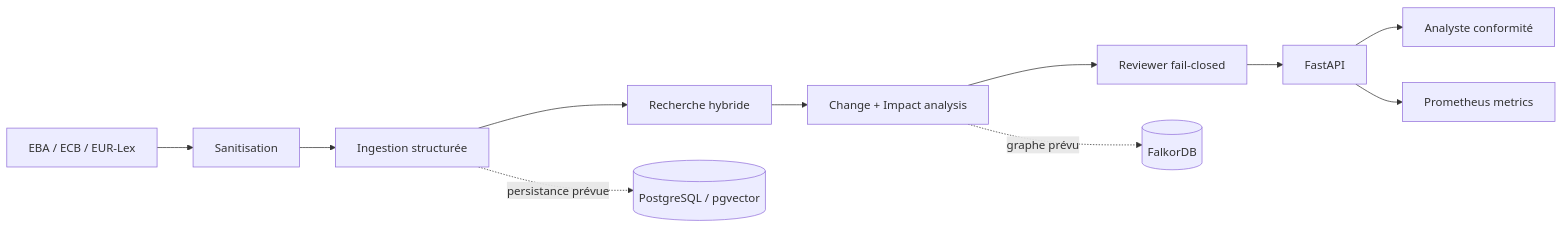
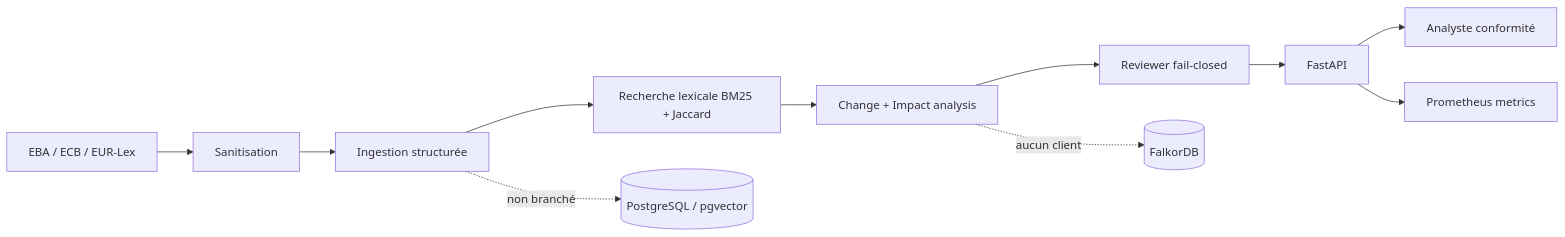
One commit to RaaaayN/bnp-regulation changed the diagram in README.md. Above: the diagram before and after it, drawn with Mermaid. The commit also changed other lines of this file and 18 other files, not shown here.

````diff
--- a/README.md
+++ b/README.md
@@ -191,13 +191,13 @@
 ```mermaid
 flowchart LR
     Sources[EBA / ECB / EUR-Lex] --> Guard[Sanitisation]
     Guard --> Ingestion[Ingestion structurée]
-    Ingestion --> Retrieval[Recherche hybride]
+    Ingestion --> Retrieval[Recherche lexicale BM25 + Jaccard]
     Retrieval --> Analysis[Change + Impact analysis]
     Analysis --> Reviewer[Reviewer fail-closed]
     Reviewer --> API[FastAPI]
     API --> Analyst[Analyste conformité]
     API --> Metrics[Prometheus metrics]
-    Ingestion -. persistance prévue .-> PG[(PostgreSQL / pgvector)]
-    Analysis -. graphe prévu .-> KG[(FalkorDB)]
+    Ingestion -. non branché .-> PG[(PostgreSQL / pgvector)]
+    Analysis -. aucun client .-> KG[(FalkorDB)]
 ```
````
